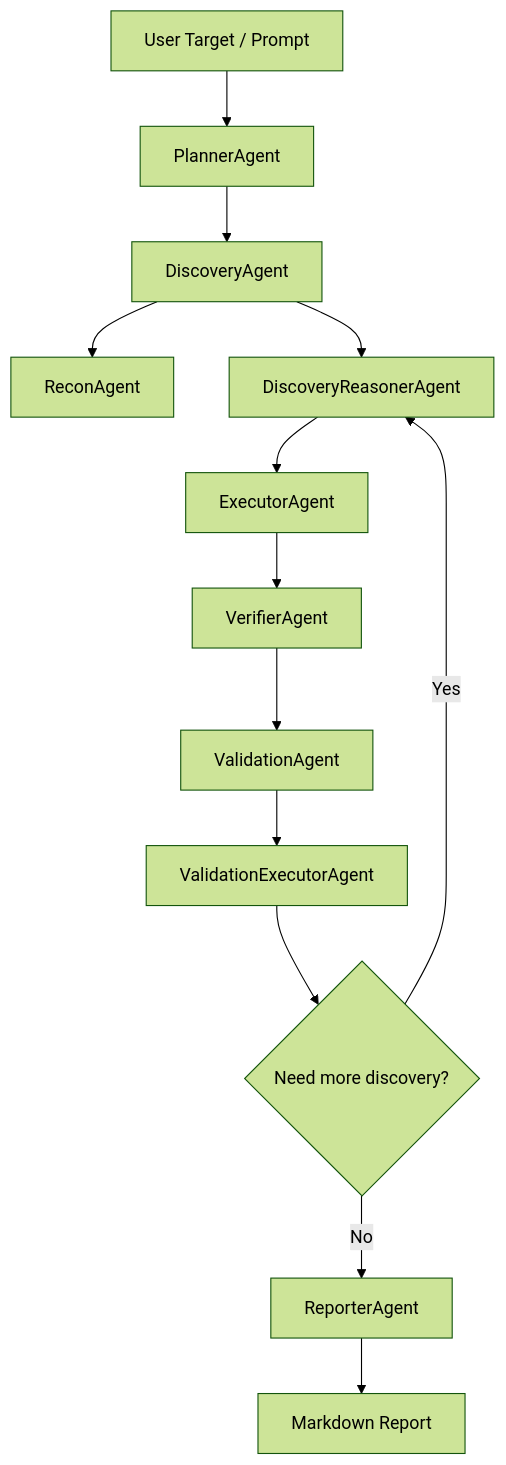
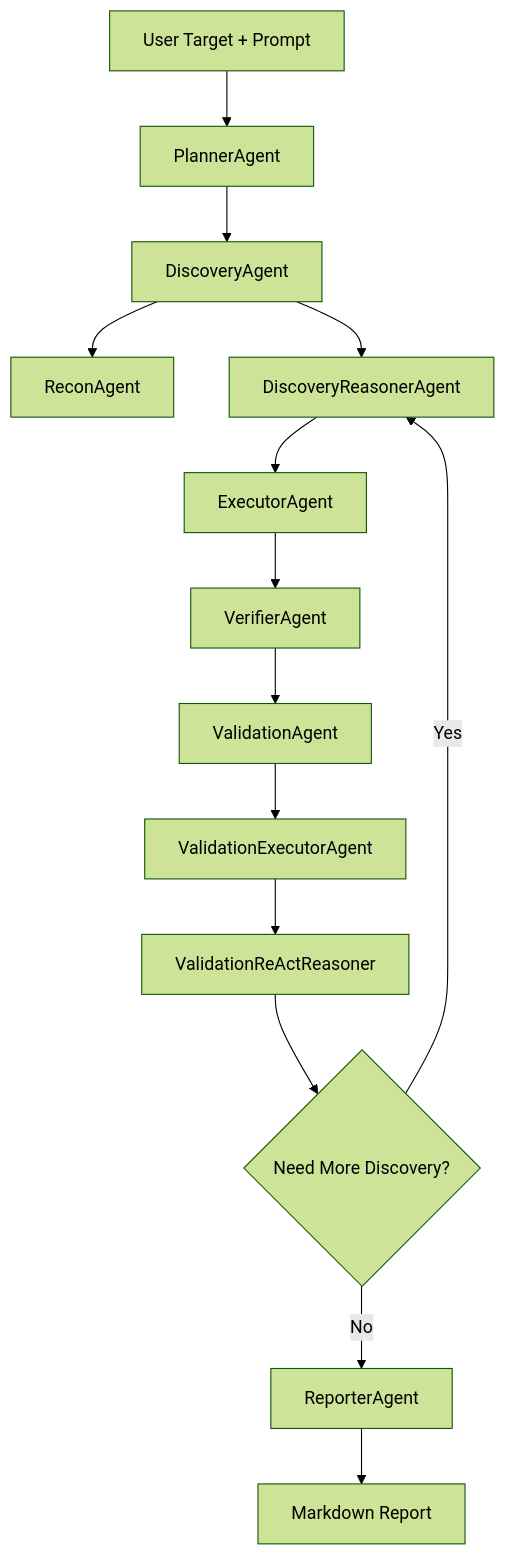
The diagram in README.md (299710583/autoflow), drawn with Mermaid (forest theme) before and after one commit. The commit also changed other lines of this file, not shown here.

````diff
--- a/README.md
+++ b/README.md
@@ -88,15 +45,16 @@
 ```mermaid
 flowchart TD
-    A[User Target / Prompt] --> B[PlannerAgent]
+    A[User Target + Prompt] --> B[PlannerAgent]
     B --> C[DiscoveryAgent]
     C --> D[ReconAgent]
     C --> E[DiscoveryReasonerAgent]
     E --> F[ExecutorAgent]
     F --> G[VerifierAgent]
     G --> H[ValidationAgent]
     H --> I[ValidationExecutorAgent]
-    I --> J{Need more discovery?}
-    J -->|Yes| E
-    J -->|No| K[ReporterAgent]
-    K --> L[Markdown Report]
+    I --> J[ValidationReActReasoner]
+    J --> K{Need More Discovery?}
+    K -->|Yes| E
+    K -->|No| L[ReporterAgent]
+    L --> M[Markdown Report]
 ```
````
